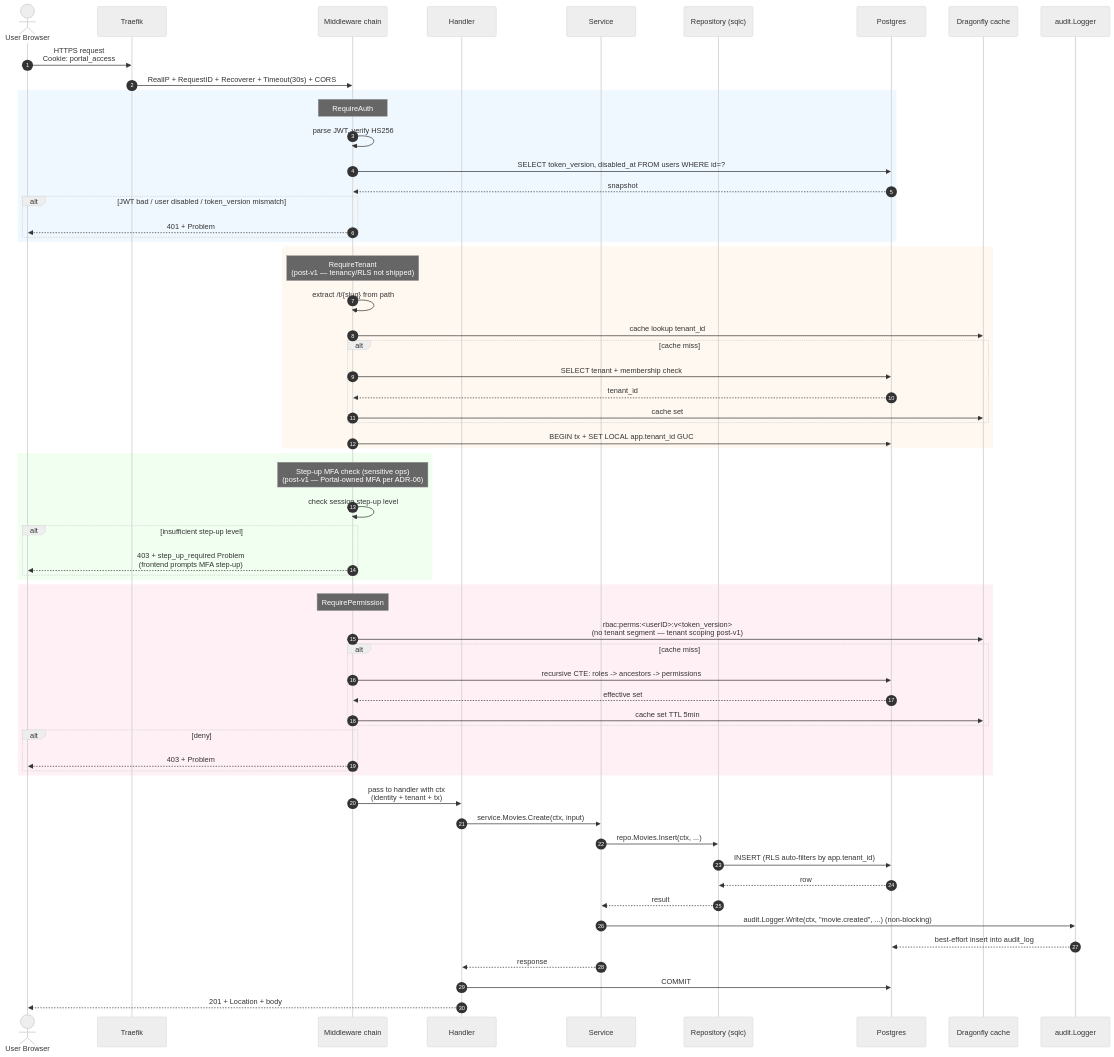
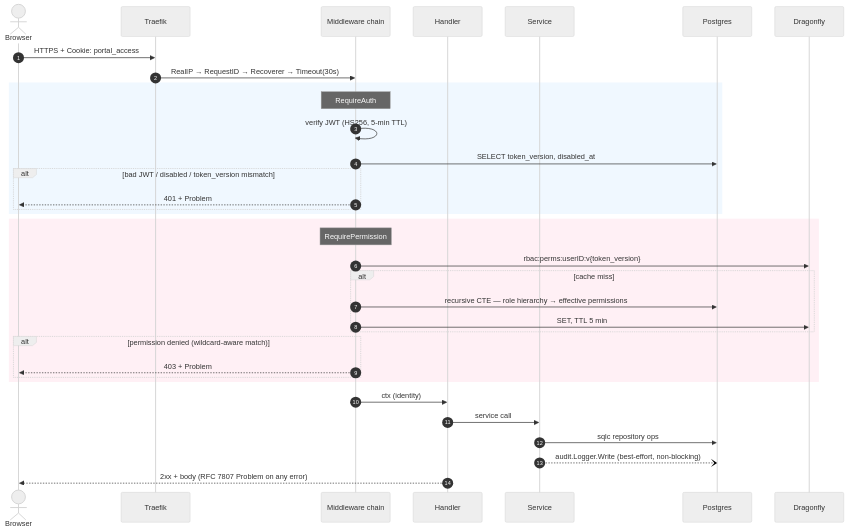
One commit to jackone2991/portal changed the fourth of 8 diagrams in docs/architecture/diagrams.md. Above: the diagram before and after it, drawn with Mermaid (neutral theme). The commit also changed other lines of this file and 4 other files, not shown here.

````diff
--- a/docs/architecture/diagrams.md
+++ b/docs/architecture/diagrams.md
@@ -293,71 +218,41 @@
 ```mermaid
 sequenceDiagram
     autonumber
-    actor U as User Browser
+    actor U as Browser
     participant T as Traefik
     participant Mw as Middleware chain
     participant H as Handler
     participant S as Service
-    participant R as Repository (sqlc)
     participant PG as Postgres
-    participant Ca as Dragonfly cache
-    participant Au as audit.Logger
+    participant Ca as Dragonfly
 
-    U->>T: HTTPS request<br/>Cookie: portal_access
-    T->>Mw: RealIP + RequestID + Recoverer + Timeout(30s) + CORS
+    U->>T: HTTPS + Cookie: portal_access
+    T->>Mw: RealIP → RequestID → Recoverer → Timeout(30s)
 
     rect rgb(240, 248, 255)
         Note over Mw: RequireAuth
-        Mw->>Mw: parse JWT, verify HS256
-        Mw->>PG: SELECT token_version, disabled_at FROM users WHERE id=?
-        PG-->>Mw: snapshot
-        alt JWT bad / user disabled / token_version mismatch
+        Mw->>Mw: verify JWT (HS256, 5-min TTL)
+        Mw->>PG: SELECT token_version, disabled_at
+        alt bad JWT / disabled / token_version mismatch
             Mw-->>U: 401 + Problem
-        end
-    end
-
-    rect rgb(255, 248, 240)
-        Note over Mw: RequireTenant<br/>(post-v1 — tenancy/RLS not shipped)
-        Mw->>Mw: extract /t/{slug} from path
-        Mw->>Ca: cache lookup tenant_id
-        alt cache miss
-            Mw->>PG: SELECT tenant + membership check
-            PG-->>Mw: tenant_id
-            Mw->>Ca: cache set
-        end
-        Mw->>PG: BEGIN tx + SET LOCAL app.tenant_id GUC
-    end
-
-    rect rgb(240, 255, 240)
-        Note over Mw: Step-up MFA check (sensitive ops)<br/>(post-v1 — Portal-owned MFA per ADR-06)
-        Mw->>Mw: check session step-up level
-        alt insufficient step-up level
-            Mw-->>U: 403 + step_up_required Problem<br/>(frontend prompts MFA step-up)
         end
     end
 
     rect rgb(255, 240, 245)
         Note over Mw: RequirePermission
-        Mw->>Ca: rbac:perms:<userID>:v<token_version><br/>(no tenant segment — tenant scoping post-v1)
+        Mw->>Ca: rbac:perms:userID:v{token_version}
         alt cache miss
-            Mw->>PG: recursive CTE: roles -> ancestors -> permissions
-            PG-->>Mw: effective set
-            Mw->>Ca: cache set TTL 5min
+            Mw->>PG: recursive CTE — role hierarchy → effective permissions
+            Mw->>Ca: SET, TTL 5 min
         end
-        alt deny
+        alt permission denied (wildcard-aware match)
             Mw-->>U: 403 + Problem
         end
     end
 
-    Mw->>H: pass to handler with ctx<br/>(identity + tenant + tx)
-    H->>S: service.Movies.Create(ctx, input)
-    S->>R: repo.Movies.Insert(ctx, ...)
-    R->>PG: INSERT (RLS auto-filters by app.tenant_id)
-    PG-->>R: row
-    R-->>S: result
-    S->>Au: audit.Logger.Write(ctx, "movie.created", ...) (non-blocking)
-    Au-->>PG: best-effort insert into audit_log
-    S-->>H: response
-    H->>PG: COMMIT
-    H-->>U: 201 + Location + body
+    Mw->>H: ctx (identity)
+    H->>S: service call
+    S->>PG: sqlc repository ops
+    S--)PG: audit.Logger.Write (best-effort, non-blocking)
+    H-->>U: 2xx + body (RFC 7807 Problem on any error)
 ```
````
